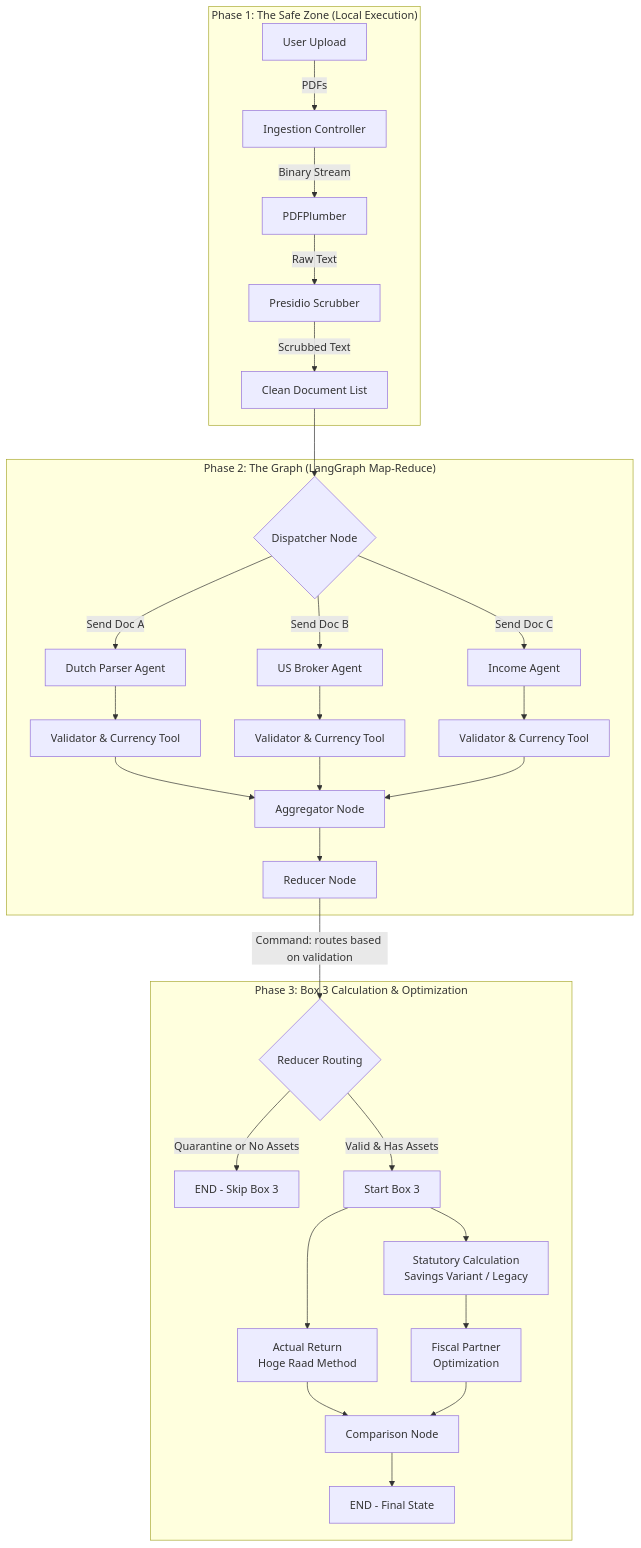
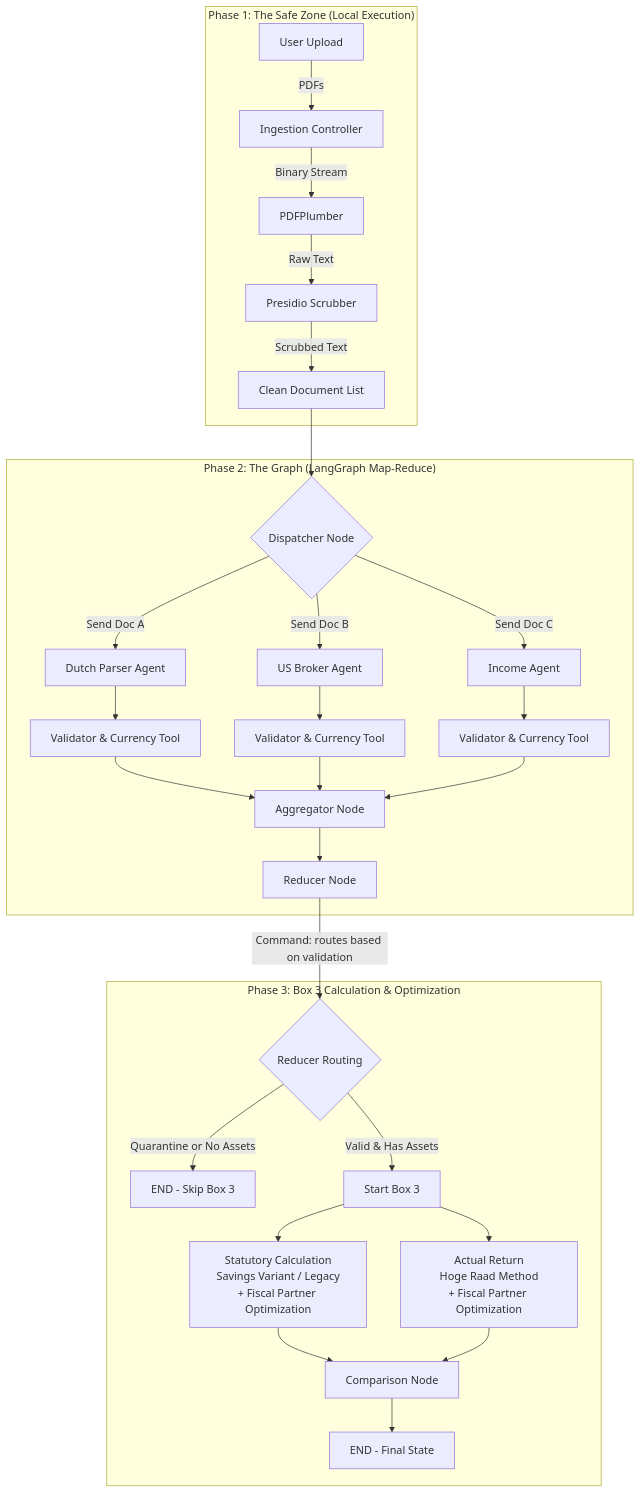
One commit to DavidLimNL/dutch_tax_agent changed the diagram in README.md. Above: the diagram before and after it, drawn with Mermaid. The commit also changed 7 other files, not shown here.

Commit message:
feat(graph): integrate fiscal partner optimization into Box 3 calculations

````diff
--- a/README.md
+++ b/README.md
@@ -19,43 +19,42 @@
 ```mermaid
 graph TD
     subgraph "Phase 1: The Safe Zone (Local Execution)"
         User[User Upload] -->|PDFs| Ingest[Ingestion Controller]
         Ingest -->|Binary Stream| Parser[PDFPlumber]
         Parser -->|Raw Text| PII[Presidio Scrubber]
         PII -->|Scrubbed Text| SafeData[Clean Document List]
     end
 
     subgraph "Phase 2: The Graph (LangGraph Map-Reduce)"
         SafeData --> Dispatcher{Dispatcher Node}
         
         Dispatcher -->|Send Doc A| DutchAgent[Dutch Parser Agent]
         Dispatcher -->|Send Doc B| USAgent[US Broker Agent]
         Dispatcher -->|Send Doc C| SalaryAgent[Income Agent]
         
         DutchAgent --> ValidatorA[Validator & Currency Tool]
         USAgent --> ValidatorB[Validator & Currency Tool]
         SalaryAgent --> ValidatorC[Validator & Currency Tool]
         
         ValidatorA --> Aggregate[Aggregator Node]
         ValidatorB --> Aggregate
         ValidatorC --> Aggregate
         
         Aggregate --> Reducer[Reducer Node]
     end
 
     subgraph "Phase 3: Box 3 Calculation & Optimization"
         Reducer -->|Command: routes based on validation| Check{Reducer Routing}
         
         Check -->|Quarantine or No Assets| End1[END - Skip Box 3]
         
         Check -->|Valid & Has Assets| StartBox3[Start Box 3]
         
-        StartBox3 --> Statutory[Statutory Calculation<br/>Savings Variant / Legacy]
-        StartBox3 --> Actual[Actual Return<br/>Hoge Raad Method]
+        StartBox3 --> Statutory[Statutory Calculation<br/>Savings Variant / Legacy<br/>+ Fiscal Partner Optimization]
+        StartBox3 --> Actual[Actual Return<br/>Hoge Raad Method<br/>+ Fiscal Partner Optimization]
         
-        Statutory --> Optimize[Fiscal Partner<br/>Optimization]
-        Actual --> Compare[Comparison Node]
-        Optimize --> Compare
+        Statutory --> Compare[Comparison Node]
+        Actual --> Compare
         Compare --> End2[END - Final State]
     end
 ```
````
